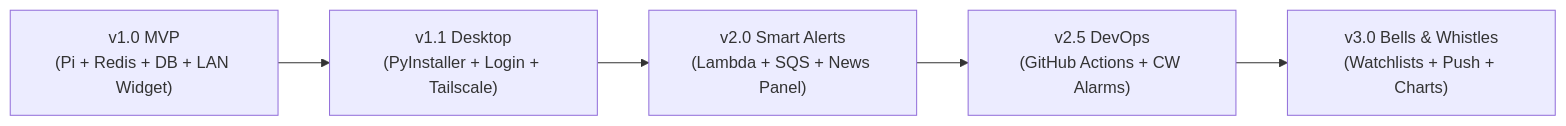
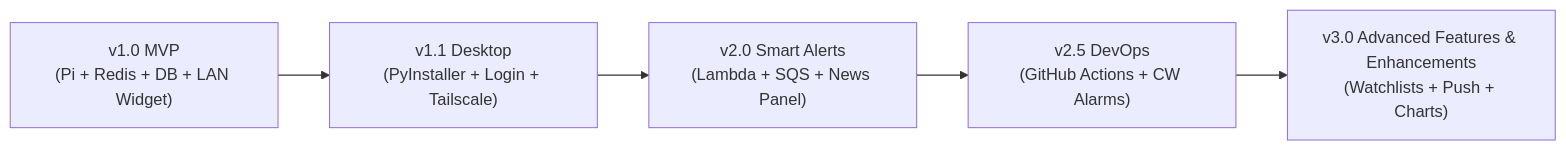
The diagram in docs/stock-ticker-spec.md (melvindisla/Stock_Ticker_Widget_APP), drawn with Mermaid before and after one commit. The commit also changed other lines of this file and 1 other file, not shown here.

````diff
--- a/docs/stock-ticker-spec.md
+++ b/docs/stock-ticker-spec.md
@@ -756,7 +761,7 @@
 ```mermaid
 flowchart LR
-    A["v1.0 MVP<br/>(Pi + Redis + DB + LAN Widget)"] --> B["v1.1 Desktop<br/>(PyInstaller + Login + Tailscale)"]
-    B --> C["v2.0 Smart Alerts<br/>(Lambda + SQS + News Panel)"]
-    C --> D["v2.5 DevOps<br/>(GitHub Actions + CW Alarms)"]
-    D --> E["v3.0 Bells & Whistles<br/>(Watchlists + Push + Charts)"]
+    A["v1.0 MVP\n(Pi + Redis + DB + LAN Widget)"] --> B["v1.1 Desktop\n(PyInstaller + Login + Tailscale)"]
+    B --> C["v2.0 Smart Alerts\n(Lambda + SQS + News Panel)"]
+    C --> D["v2.5 DevOps\n(GitHub Actions + CW Alarms)"]
+    D --> E["v3.0 Advanced Features & Enhancements\n(Watchlists + Push + Charts)"]
 ```
````
